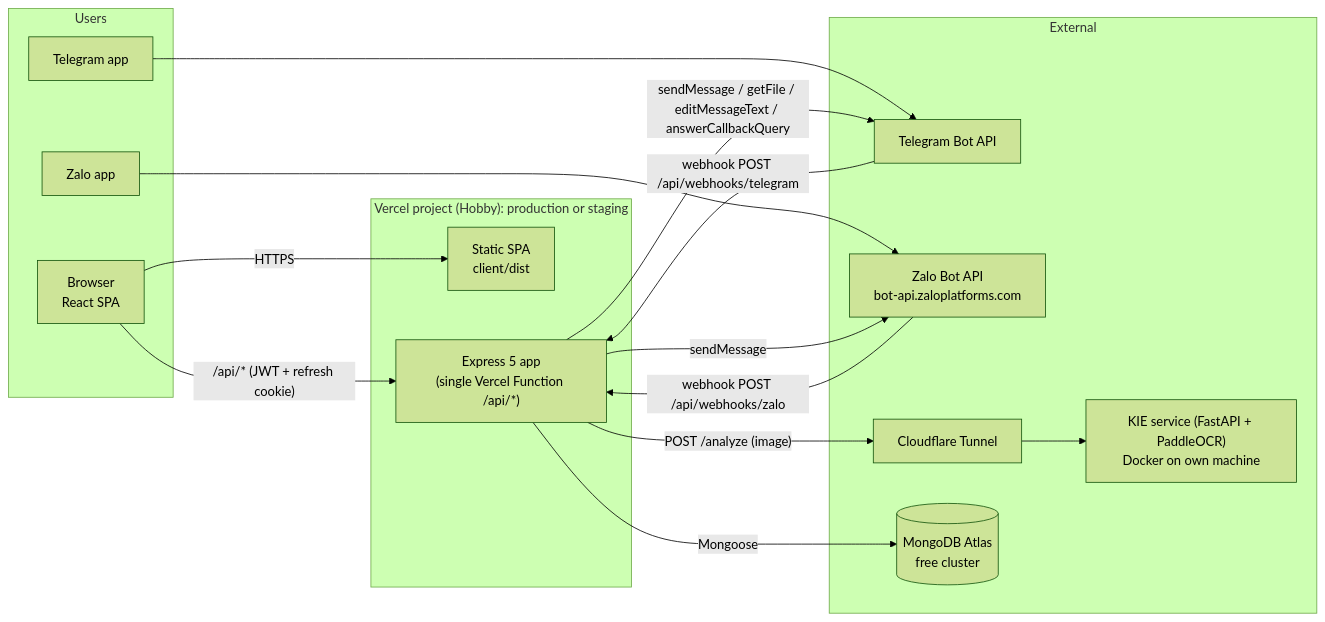
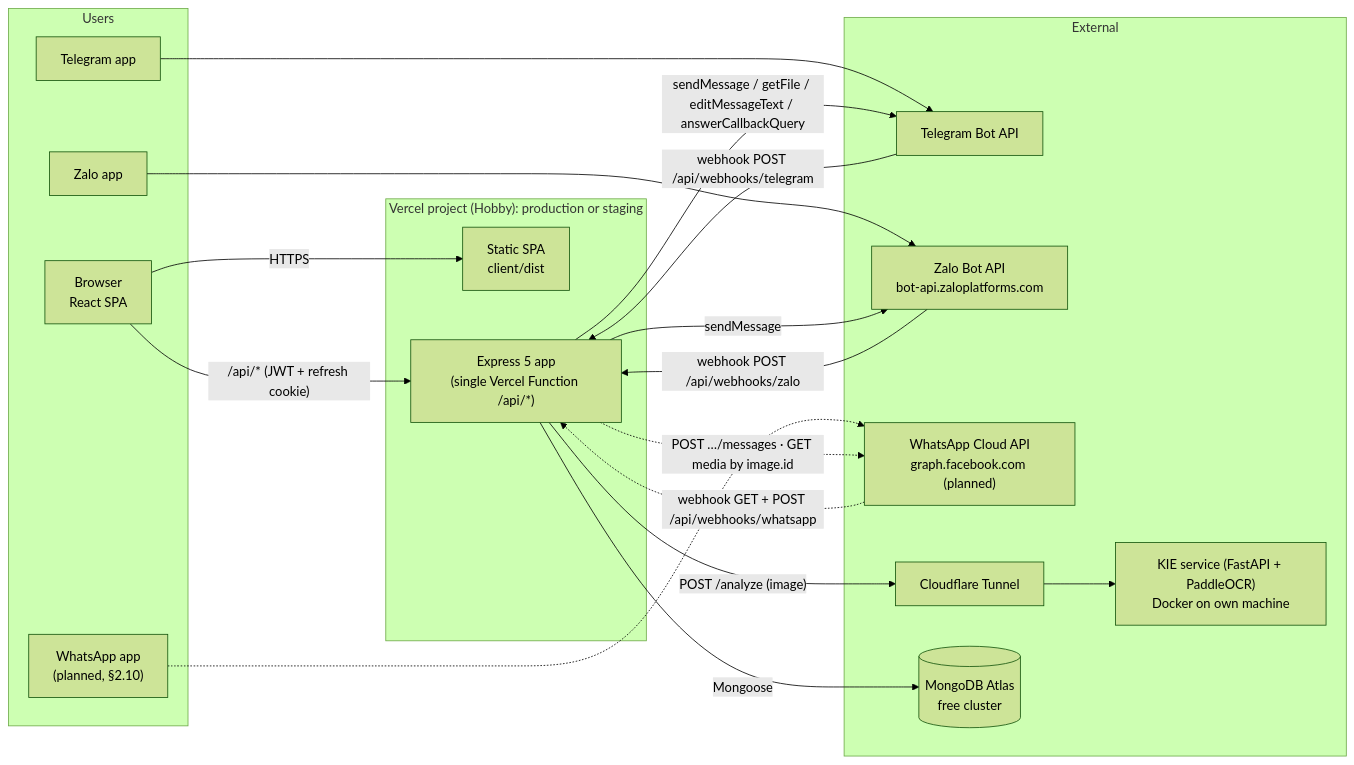
Before and after one commit to dangnguyenducanh/Zalo-Tele-intergrated-financial-apps: the first of 6 diagrams in docs/01-architecture.md, drawn with Mermaid (forest theme). The commit also changed other lines of this file and 5 other files, not shown here.

Commit message:
docs: spec one-tap linking + WhatsApp (§2.10) in docs 01, 03–07 (planned)

````diff
--- a/docs/01-architecture.md
+++ b/docs/01-architecture.md
@@ -13,30 +15,34 @@
 ```mermaid
 flowchart LR
     subgraph Users
         B[Browser<br/>React SPA]
         TG[Telegram app]
         ZL[Zalo app]
+        WA["WhatsApp app<br/>(planned, §2.10)"]
     end
 
     subgraph Vercel["Vercel project (Hobby): production or staging"]
         CDN[Static SPA<br/>client/dist]
         API["Express 5 app<br/>(single Vercel Function /api/*)"]
     end
 
     subgraph External
         TGAPI[Telegram Bot API]
         ZAPI[Zalo Bot API<br/>bot-api.zaloplatforms.com]
+        WAAPI["WhatsApp Cloud API<br/>graph.facebook.com (planned)"]
         KIE["KIE service (FastAPI + PaddleOCR)<br/>Docker on own machine"]
         CF[Cloudflare Tunnel]
         DB[(MongoDB Atlas<br/>free cluster)]
     end
 
     B -- HTTPS --> CDN
     B -- "/api/* (JWT + refresh cookie)" --> API
     TG --> TGAPI -- "webhook POST /api/webhooks/telegram" --> API
     ZL --> ZAPI -- "webhook POST /api/webhooks/zalo" --> API
     API -- "sendMessage / getFile / editMessageText / answerCallbackQuery" --> TGAPI
     API -- "sendMessage" --> ZAPI
+    WA -.-> WAAPI -.->|"webhook GET + POST /api/webhooks/whatsapp"| API
+    API -.->|"POST …/messages · GET media by image.id"| WAAPI
     API -- "POST /analyze (image)" --> CF --> KIE
     API -- Mongoose --> DB
 ```
````
